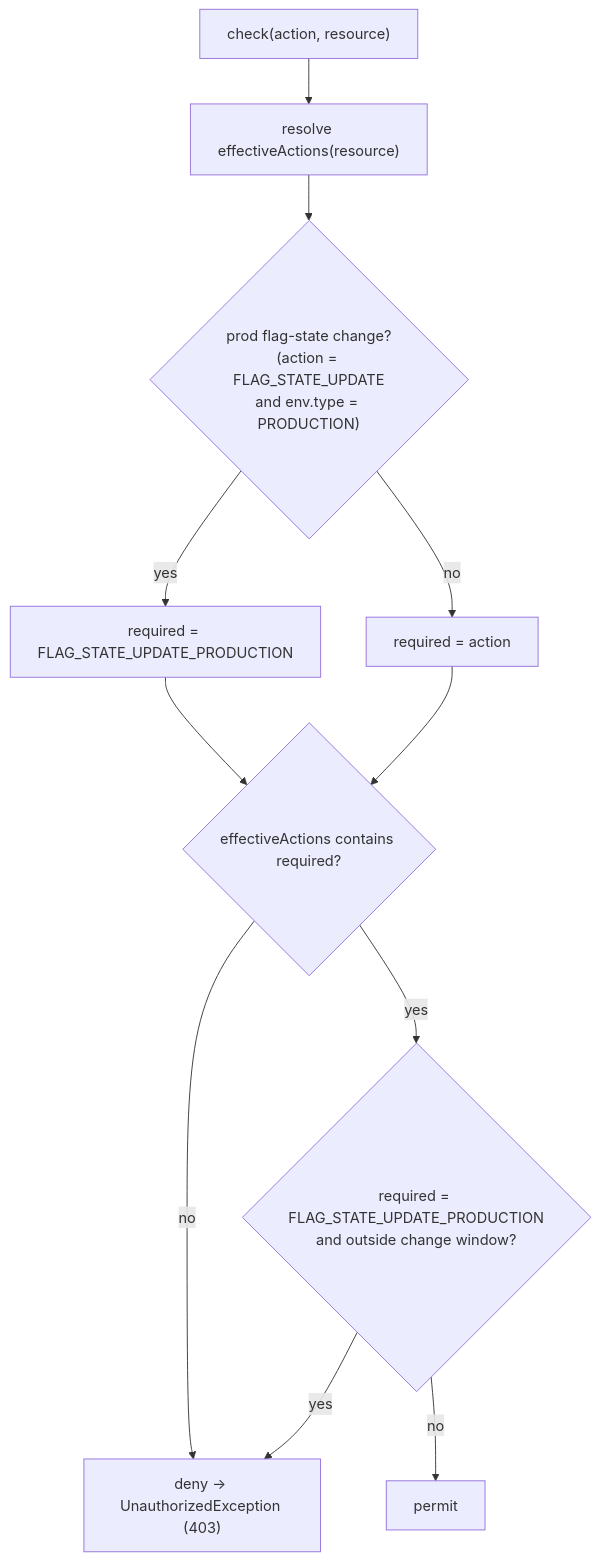
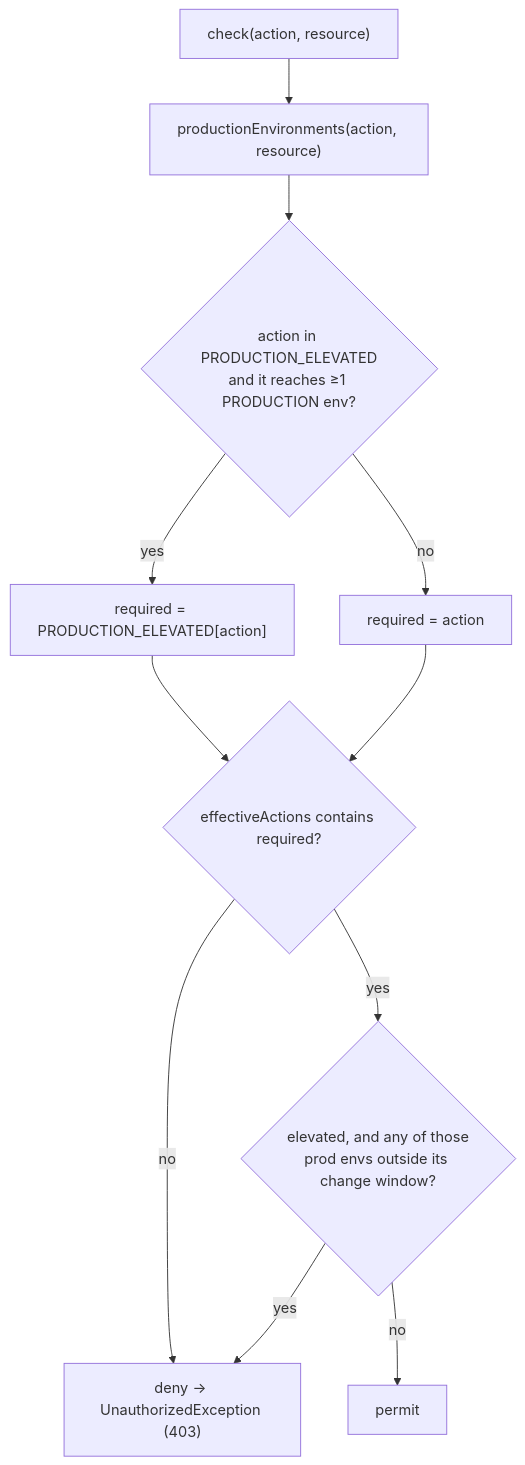
The third of 5 diagrams in docs/ABAC.md (Aibles-Java/feature_flag), drawn with Mermaid before and after one commit. The commit also changed other lines of this file and 7 other files, not shown here.

````diff
--- a/docs/ABAC.md
+++ b/docs/ABAC.md
@@ -157,13 +157,13 @@
 ```mermaid
 flowchart TD
-    A["check(action, resource)"] --> B["resolve effectiveActions(resource)"]
-    B --> C{"prod flag-state change?<br/>(action = FLAG_STATE_UPDATE<br/>and env.type = PRODUCTION)"}
-    C -- yes --> D["required = FLAG_STATE_UPDATE_PRODUCTION"]
+    A["check(action, resource)"] --> B["productionEnvironments(action, resource)"]
+    B --> C{"action in PRODUCTION_ELEVATED<br/>and it reaches ≥1 PRODUCTION env?"}
+    C -- yes --> D["required = PRODUCTION_ELEVATED[action]"]
     C -- no --> E["required = action"]
     D --> F{"effectiveActions contains required?"}
     E --> F
     F -- no --> G["deny → UnauthorizedException (403)"]
-    F -- yes --> H{"required = FLAG_STATE_UPDATE_PRODUCTION<br/>and outside change window?"}
+    F -- yes --> H{"elevated, and any of those<br/>prod envs outside its change window?"}
     H -- yes --> G
     H -- no --> I["permit"]
 ```
````
